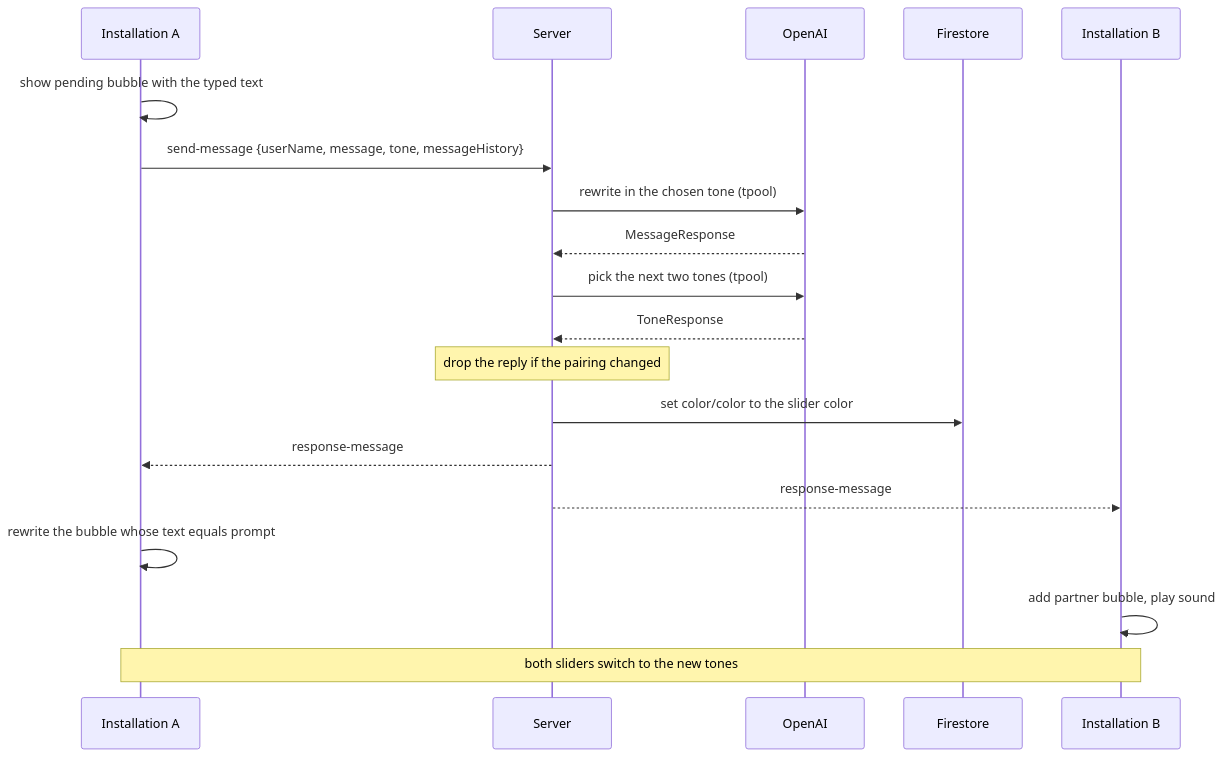
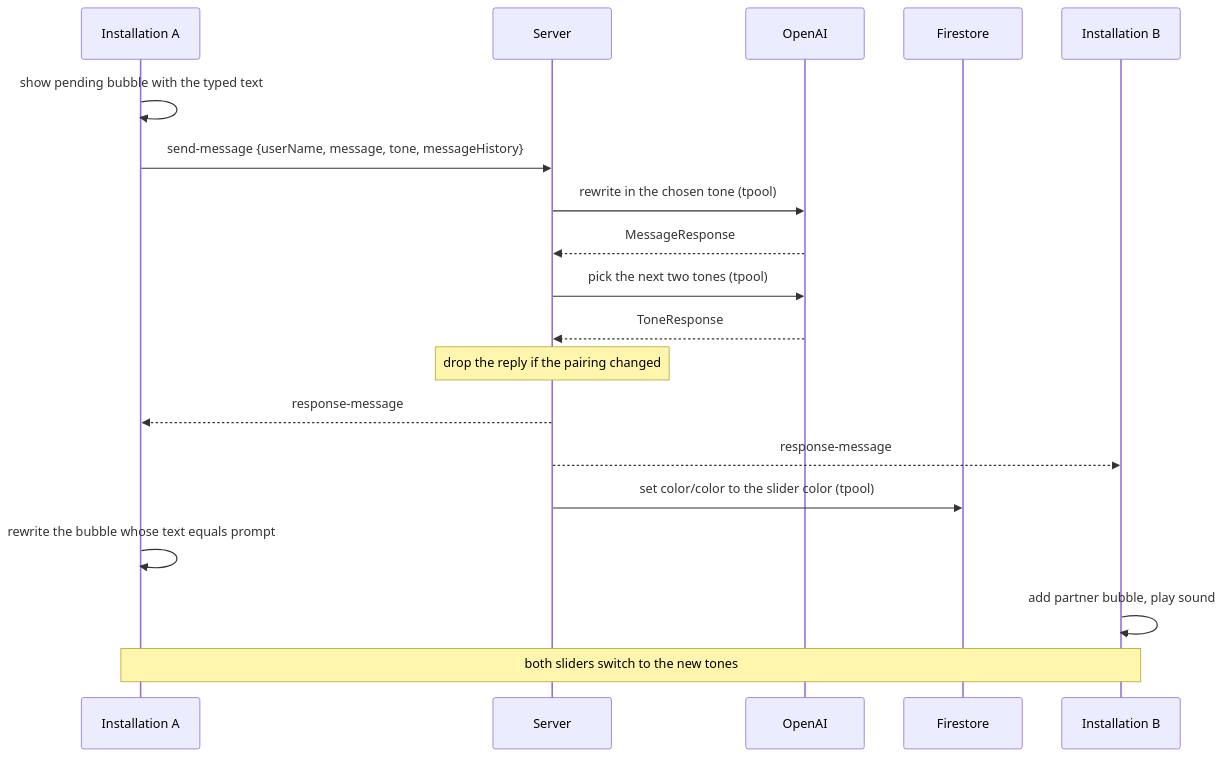
The fourth of 6 diagrams in architecture.md (partyck/in-between-us), drawn with Mermaid before and after one commit. The commit also changed other lines of this file and 2 other files, not shown here.

````diff
--- a/architecture.md
+++ b/architecture.md
@@ -219,21 +219,21 @@
 ```mermaid
 sequenceDiagram
     participant A as Installation A
     participant S as Server
     participant O as OpenAI
     participant F as Firestore
     participant B as Installation B
     A->>A: show pending bubble with the typed text
     A->>S: send-message {userName, message, tone, messageHistory}
     S->>O: rewrite in the chosen tone (tpool)
     O-->>S: MessageResponse
     S->>O: pick the next two tones (tpool)
     O-->>S: ToneResponse
     Note over S: drop the reply if the pairing changed
-    S->>F: set color/color to the slider color
     S-->>A: response-message
     S-->>B: response-message
+    S->>F: set color/color to the slider color (tpool)
     A->>A: rewrite the bubble whose text equals prompt
     B->>B: add partner bubble, play sound
     Note over A,B: both sliders switch to the new tones
 ```
````
